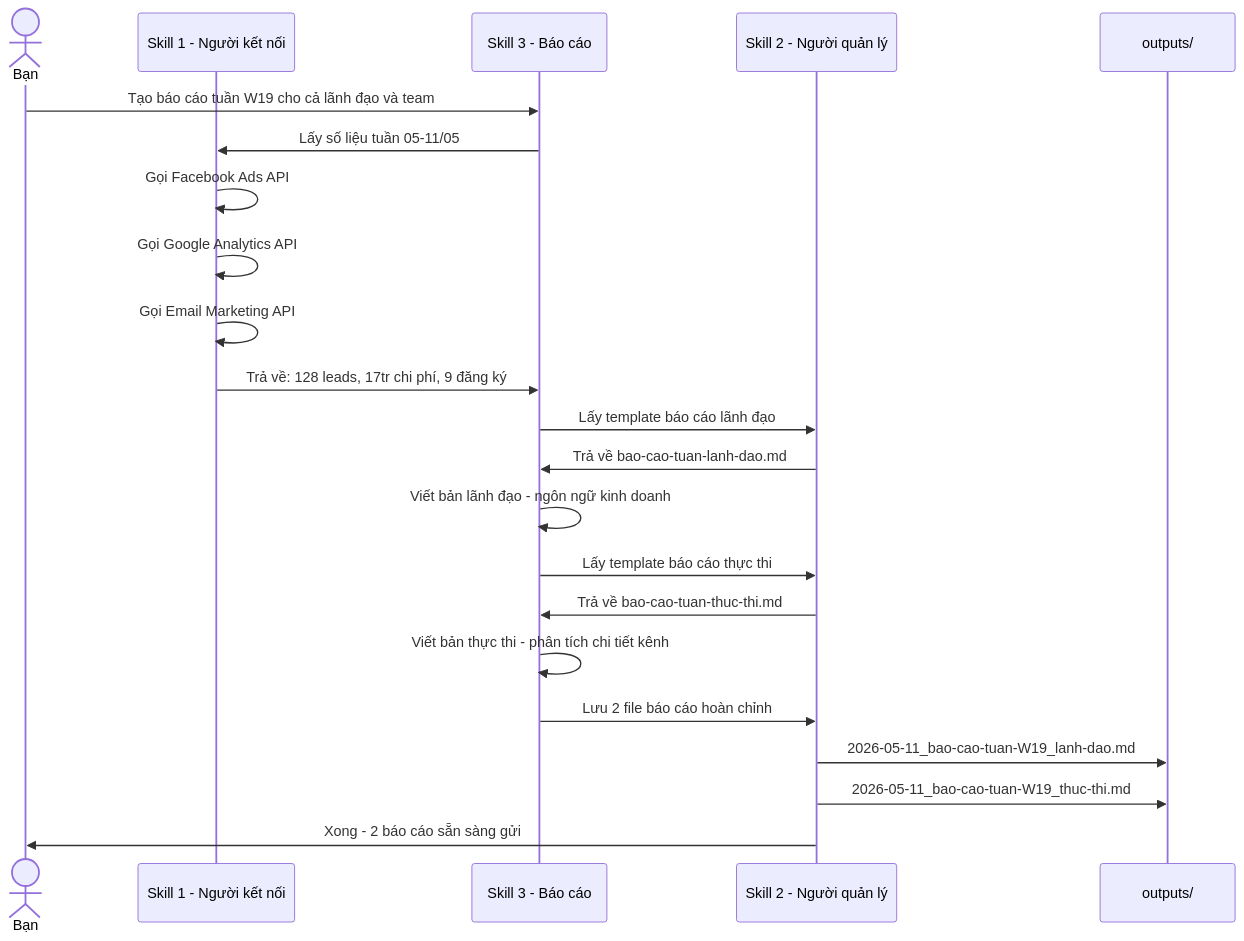
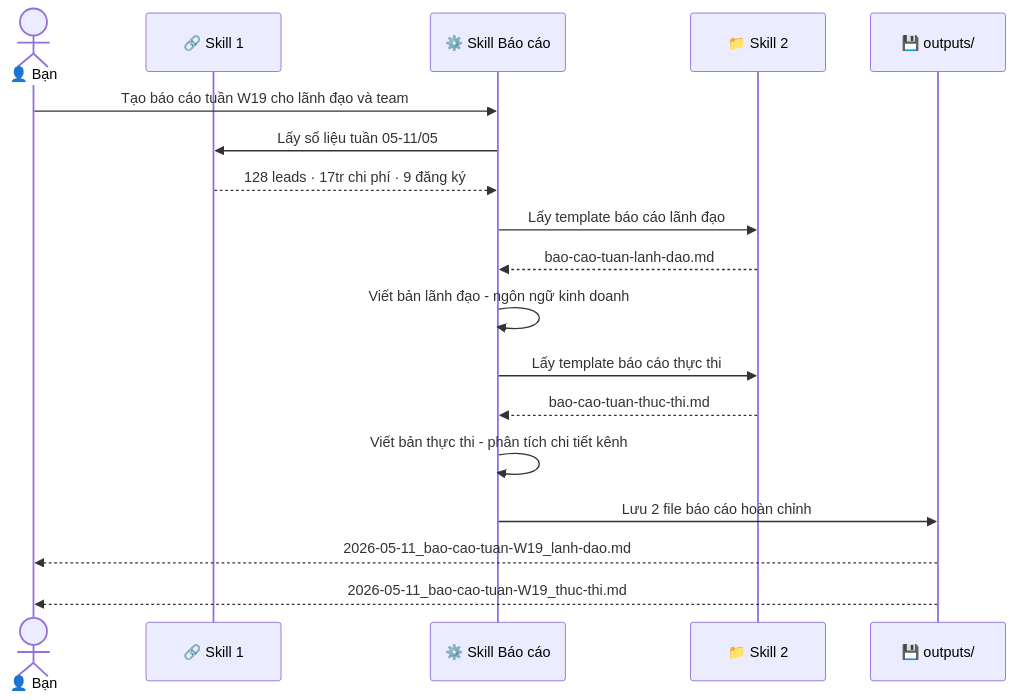
One commit to bochidung642-blip/1-kh-ng-gian-l-m-vi-c-c-nh-n-v-i-c-c-skills changed the fifth of 5 diagrams in README.md. Above: the diagram before and after it, drawn with Mermaid. The commit also changed other lines of this file, not shown here.

First line of the commit message:
docs: thiết kế lại README hoàn toàn — visual-first với icon và diagram

````diff
--- a/README.md
+++ b/README.md
@@ -195,25 +124,21 @@
 ```mermaid
 sequenceDiagram
-    actor Bạn
-    participant S1 as Skill 1 - Người kết nối
-    participant S3 as Skill 3 - Báo cáo
-    participant S2 as Skill 2 - Người quản lý
-    participant Out as outputs/
+    actor B as 👤 Bạn
+    participant S1 as 🔗 Skill 1
+    participant S3 as ⚙️ Skill Báo cáo
+    participant S2 as 📁 Skill 2
+    participant O as 💾 outputs/
 
-    Bạn->>S3: Tạo báo cáo tuần W19 cho cả lãnh đạo và team
+    B->>S3: Tạo báo cáo tuần W19 cho lãnh đạo và team
     S3->>S1: Lấy số liệu tuần 05-11/05
-    S1->>S1: Gọi Facebook Ads API
-    S1->>S1: Gọi Google Analytics API
-    S1->>S1: Gọi Email Marketing API
-    S1->>S3: Trả về: 128 leads, 17tr chi phí, 9 đăng ký
+    S1-->>S3: 128 leads · 17tr chi phí · 9 đăng ký
     S3->>S2: Lấy template báo cáo lãnh đạo
-    S2->>S3: Trả về bao-cao-tuan-lanh-dao.md
+    S2-->>S3: bao-cao-tuan-lanh-dao.md
     S3->>S3: Viết bản lãnh đạo - ngôn ngữ kinh doanh
     S3->>S2: Lấy template báo cáo thực thi
-    S2->>S3: Trả về bao-cao-tuan-thuc-thi.md
+    S2-->>S3: bao-cao-tuan-thuc-thi.md
     S3->>S3: Viết bản thực thi - phân tích chi tiết kênh
-    S3->>S2: Lưu 2 file báo cáo hoàn chỉnh
-    S2->>Out: 2026-05-11_bao-cao-tuan-W19_lanh-dao.md
-    S2->>Out: 2026-05-11_bao-cao-tuan-W19_thuc-thi.md
-    S2->>Bạn: Xong - 2 báo cáo sẵn sàng gửi
+    S3->>O: Lưu 2 file báo cáo hoàn chỉnh
+    O-->>B: 2026-05-11_bao-cao-tuan-W19_lanh-dao.md
+    O-->>B: 2026-05-11_bao-cao-tuan-W19_thuc-thi.md
 ```
````
